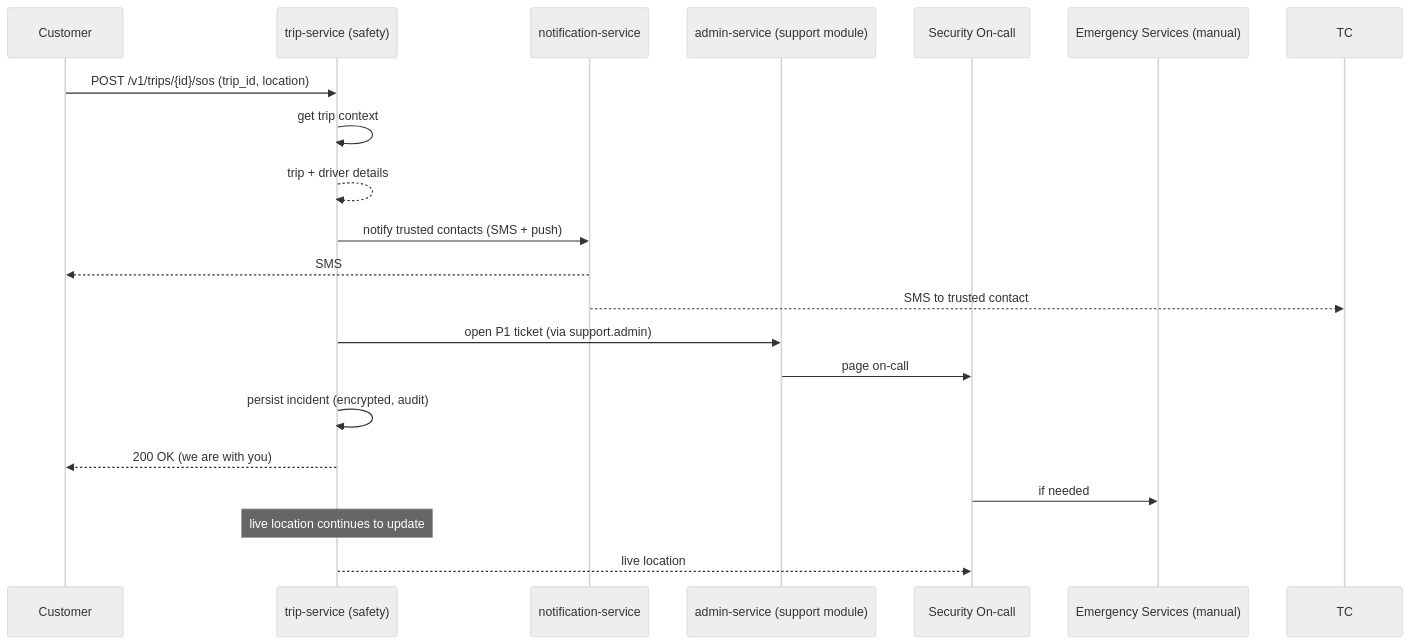
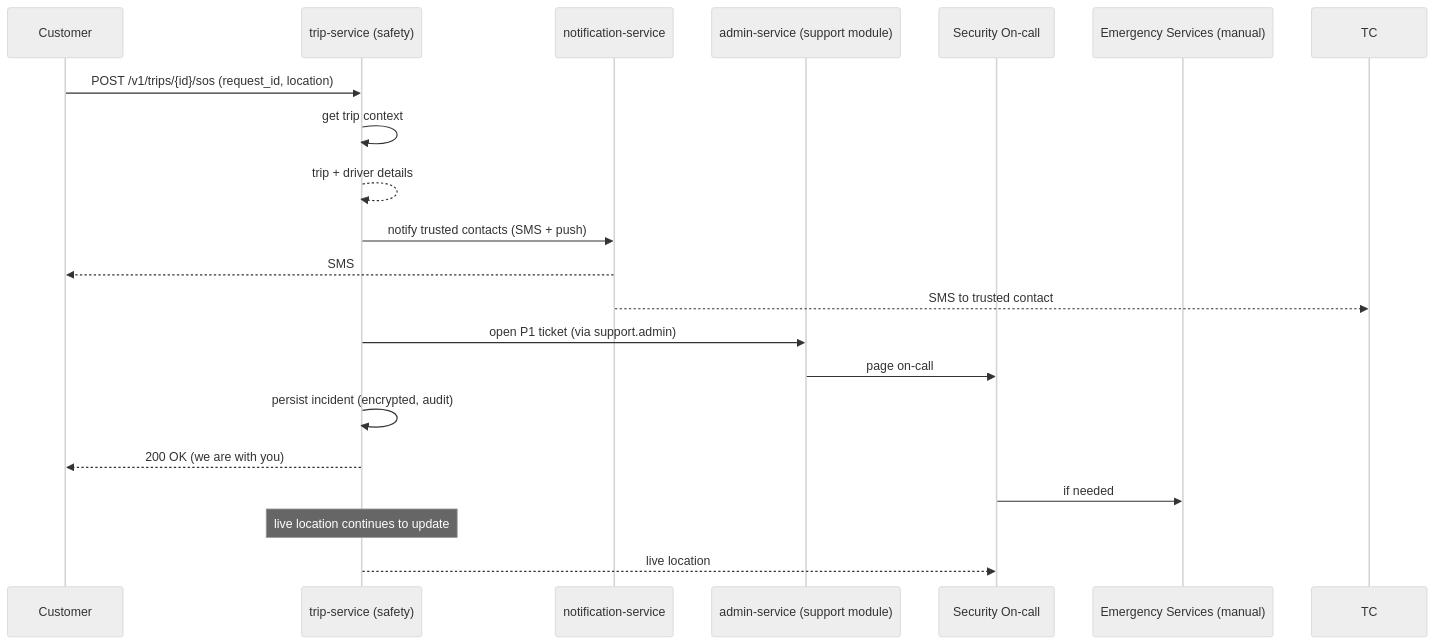
The first of 10 diagrams in docs/workflows/SAFETY_WORKFLOWS.md (mohamedhabibwork/trips-enjoy-docs), drawn with Mermaid (neutral theme) before and after one commit. The commit also changed other lines of this file and 201 other files, not shown here.

````diff
--- a/docs/workflows/SAFETY_WORKFLOWS.md
+++ b/docs/workflows/SAFETY_WORKFLOWS.md
@@ -13,23 +22,23 @@
 ```mermaid
 sequenceDiagram
     participant C as Customer
     participant TR as trip-service (safety)
     participant NOT as notification-service
     participant ADM as admin-service (support module)
     participant SEC as Security On-call
     participant LAW as Emergency Services (manual)
 
-    C->>TR: POST /v1/trips/{id}/sos (trip_id, location)
+    C->>TR: POST /v1/trips/{id}/sos (request_id, location)
     TR->>TR: get trip context
     TR-->>TR: trip + driver details
     TR->>NOT: notify trusted contacts (SMS + push)
     NOT-->>C: SMS
     NOT-->>TC: SMS to trusted contact
     TR->>ADM: open P1 ticket (via support.admin)
     ADM->>SEC: page on-call
     TR->>TR: persist incident (encrypted, audit)
     TR-->>C: 200 OK (we are with you)
     SEC->>LAW: if needed
     Note over TR: live location continues to update
     TR-->>SEC: live location
 ```
````
